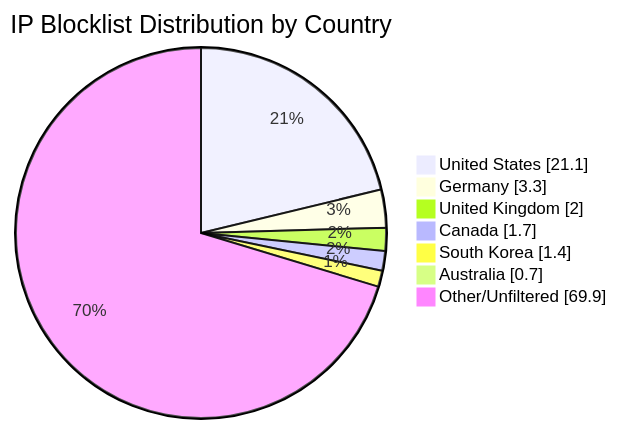
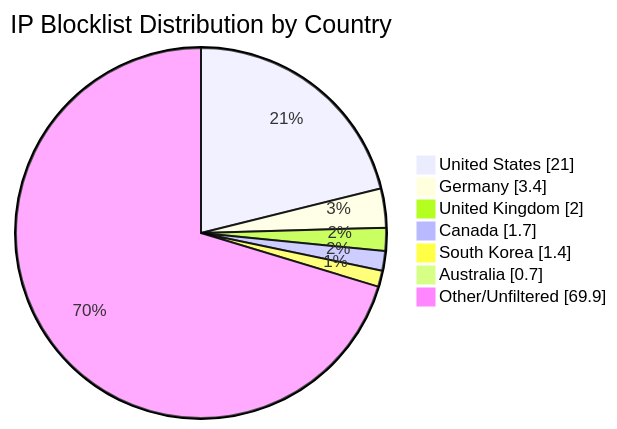
Before and after one commit to MarcusHoltz/ipblocklist-geofiltered-aggregator: the diagram in README.md, drawn with Mermaid. The commit also changed other lines of this file and 9 other files, not shown here.

````diff
--- a/README.md
+++ b/README.md
@@ -34,10 +34,10 @@
 ```mermaid
 pie showData title IP Blocklist Distribution by Country
-"United States" : 21.1
-"Germany" : 3.3
+"United States" : 21.0
+"Germany" : 3.4
 "United Kingdom" : 2.0
 "Canada" : 1.7
 "South Korea" : 1.4
 "Australia" : 0.7
 "Other/Unfiltered" : 69.9
 ```
````
